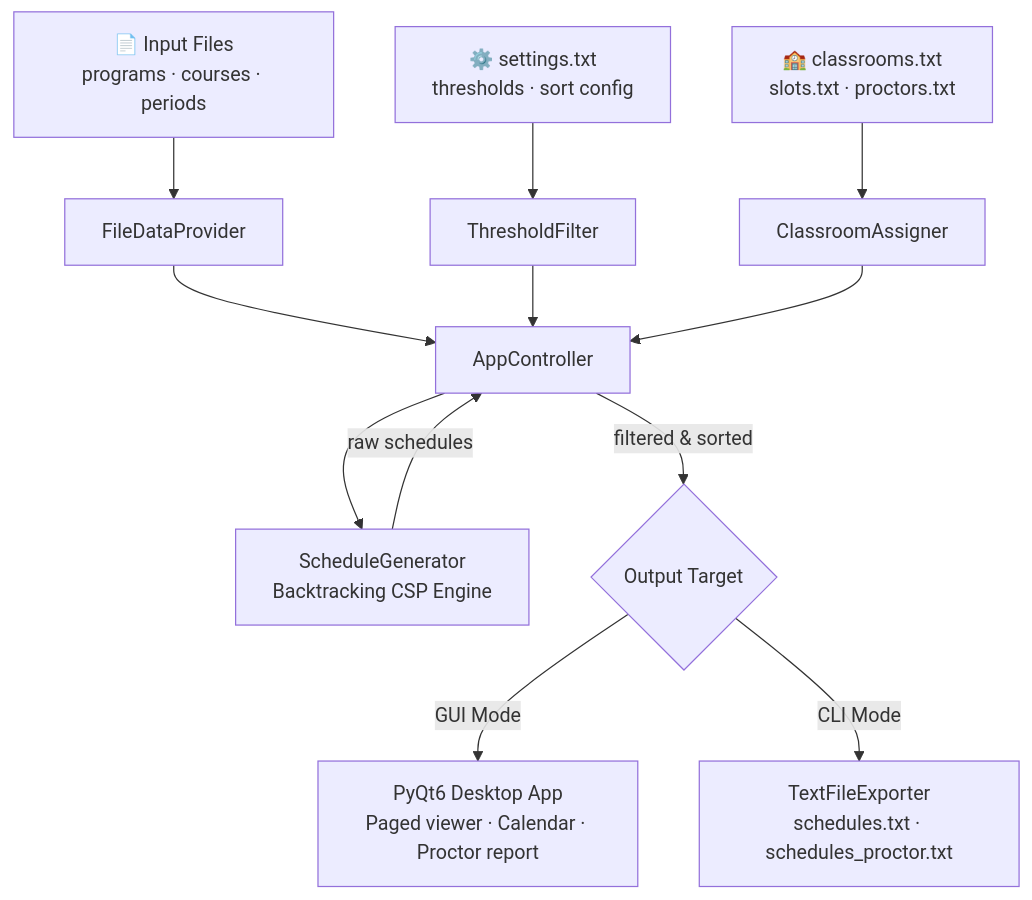
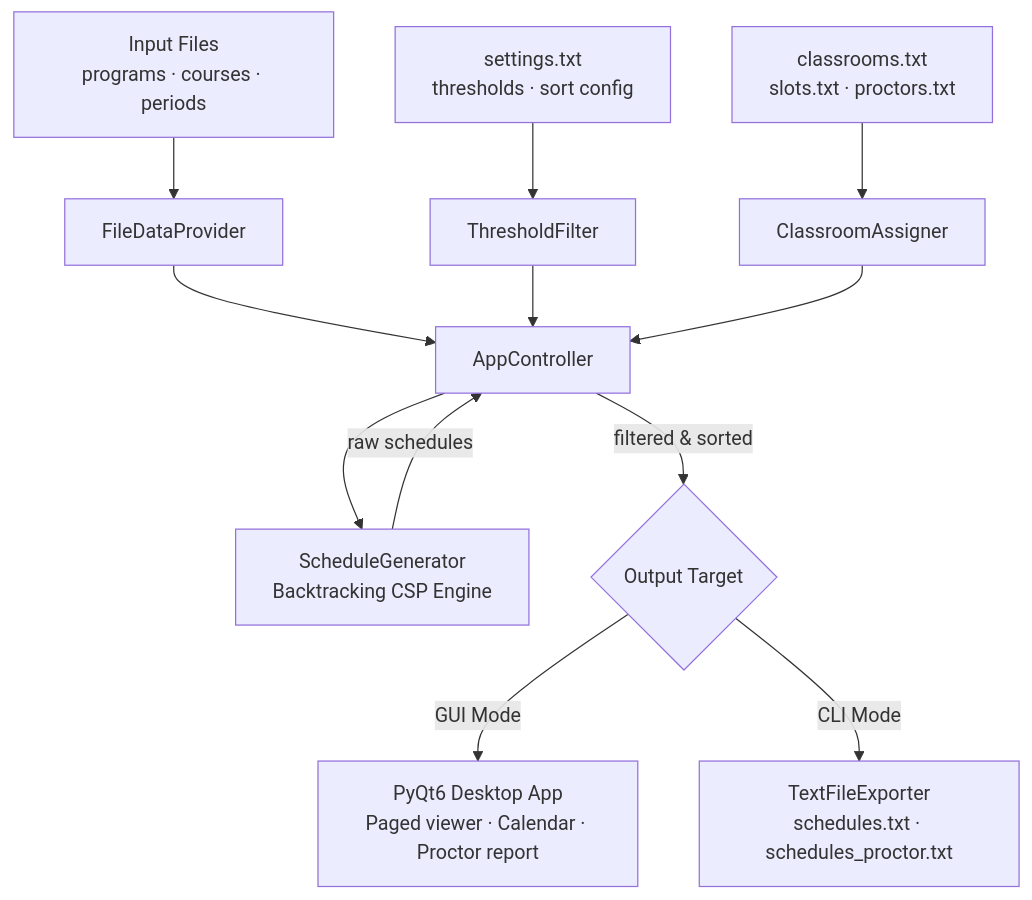
One commit to ron-ladin/examSchedule changed the diagram in README.md. Above: the diagram before and after it, drawn with Mermaid. The commit also changed other lines of this file, not shown here.

````diff
--- a/README.md
+++ b/README.md
@@ -41,18 +41,18 @@
 ```mermaid
 graph TD
-    A[📄 Input Files<br/>programs · courses · periods] --> B[FileDataProvider]
-    S[⚙️ settings.txt<br/>thresholds · sort config] --> TF[ThresholdFilter]
-    C[🏫 classrooms.txt<br/>slots.txt · proctors.txt] --> CA[ClassroomAssigner]
+    A[Input Files<br/>programs · courses · periods] --> B[FileDataProvider]
+    S[settings.txt<br/>thresholds · sort config] --> TF[ThresholdFilter]
+    C[classrooms.txt<br/>slots.txt · proctors.txt] --> CA[ClassroomAssigner]
 
     B --> AC[AppController]
     TF --> AC
     CA --> AC
 
     AC --> SG[ScheduleGenerator<br/>Backtracking CSP Engine]
     SG -->|raw schedules| AC
     AC -->|filtered & sorted| EX
 
     EX{Output Target}
     EX -->|GUI Mode| UI[PyQt6 Desktop App<br/>Paged viewer · Calendar · Proctor report]
     EX -->|CLI Mode| TX[TextFileExporter<br/>schedules.txt · schedules_proctor.txt]
 ```
````
